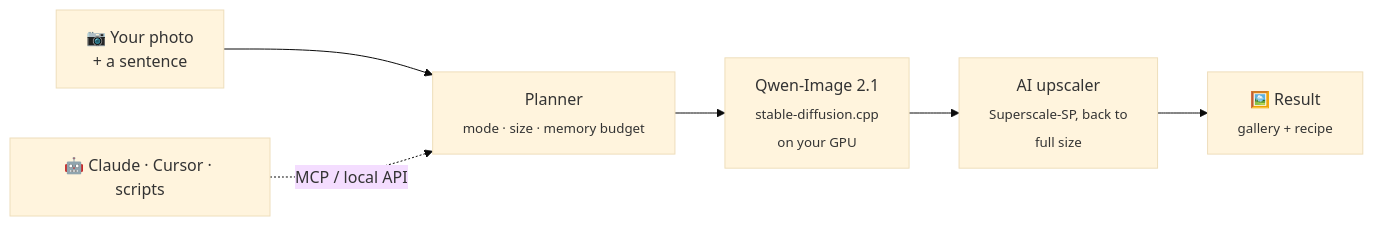
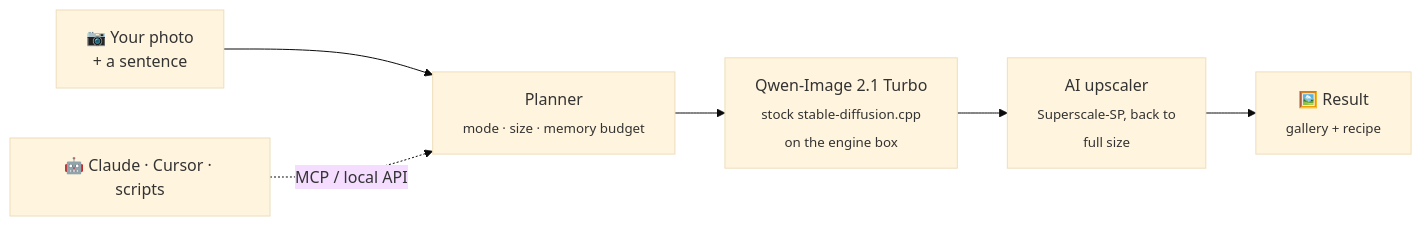
The first of 2 diagrams in README.md (iamskeole/kokon-ee), drawn with Mermaid (base theme) before and after one commit. The commit also changed other lines of this file and 34 other files, not shown here.

````diff
--- a/README.md
+++ b/README.md
@@ -352,8 +250,8 @@
 ```mermaid
 flowchart LR
     A["📷 Your photo<br>+ a sentence"] --> B["Planner<br><sub>mode · size · memory budget</sub>"]
-    B --> C["Qwen-Image 2.1<br><sub>stable-diffusion.cpp<br>on your GPU</sub>"]
+    B --> C["Qwen-Image 2.1 Turbo<br><sub>stock stable-diffusion.cpp<br>on the engine box</sub>"]
     C --> D["AI upscaler<br><sub>Superscale-SP, back to<br>full size</sub>"]
     D --> E["🖼️ Result<br><sub>gallery + recipe</sub>"]
     M["🤖 Claude · Cursor · scripts"] -. "MCP / local API" .-> B
 ```
````
